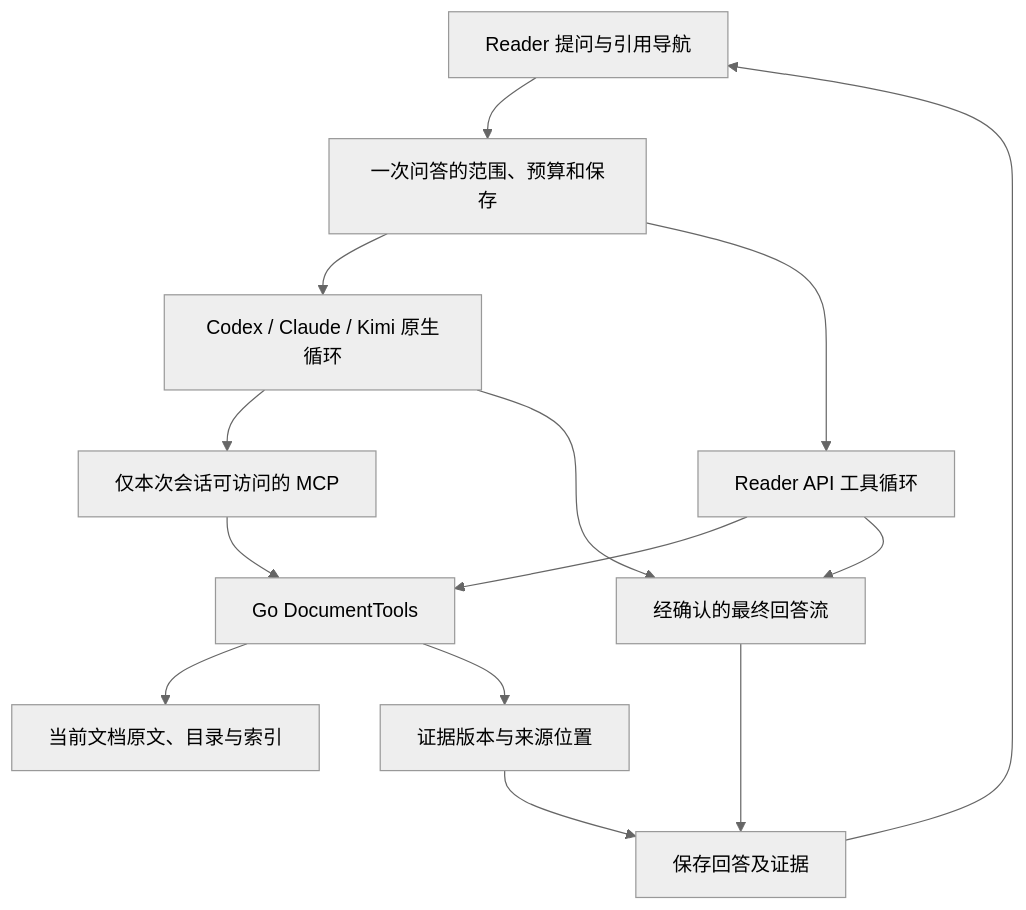
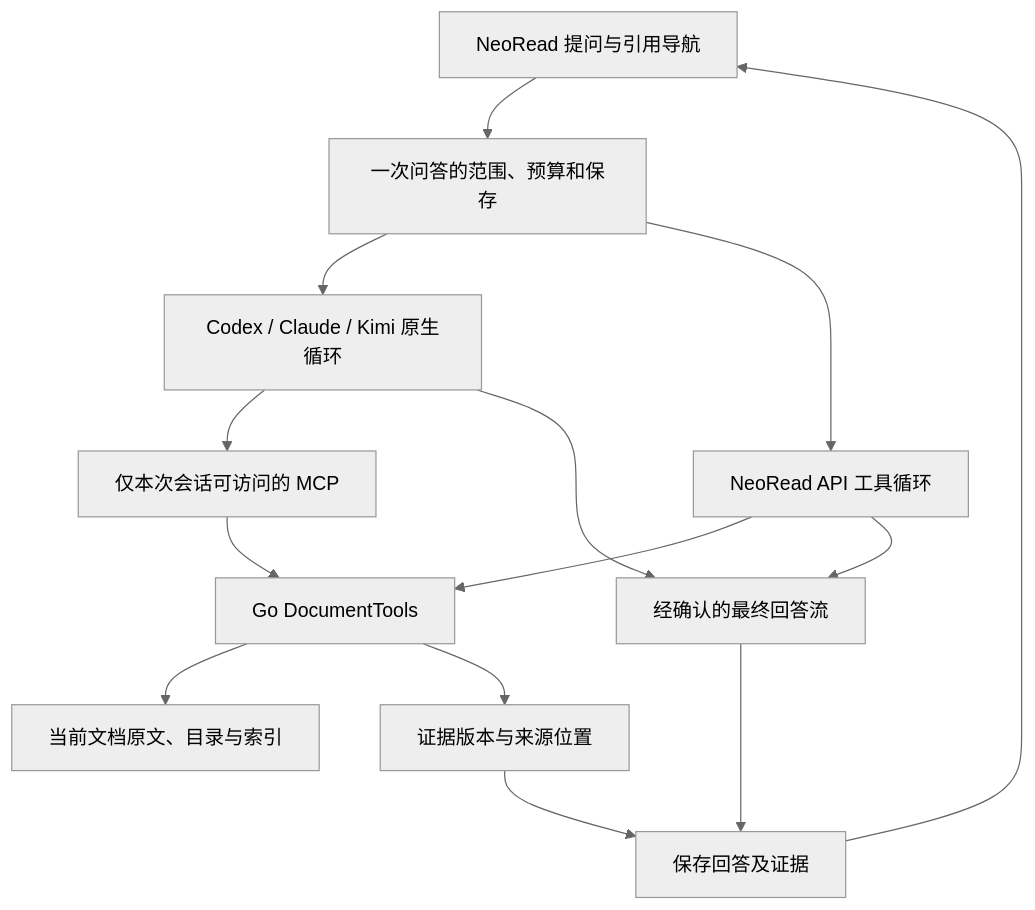
Before and after one commit to Immutable1407/reader: the diagram in docs/research/document-agent-design.md, drawn with Mermaid (neutral theme). The commit also changed other lines of this file and 35 other files, not shown here.

Commit message:
docs: rename Reader to NeoRead

````diff
--- a/docs/research/document-agent-design.md
+++ b/docs/research/document-agent-design.md
@@ -49,16 +49,16 @@
 ```mermaid
 flowchart TD
-    UI[Reader 提问与引用导航] --> Run[一次问答的范围、预算和保存]
+    UI[NeoRead 提问与引用导航] --> Run[一次问答的范围、预算和保存]
     Run --> Native[Codex / Claude / Kimi 原生循环]
-    Run --> API[Reader API 工具循环]
+    Run --> API[NeoRead API 工具循环]
     Native --> MCP[仅本次会话可访问的 MCP]
     MCP --> Tools[Go DocumentTools]
     API --> Tools
     Tools --> Corpus[当前文档原文、目录与索引]
     Tools --> Evidence[证据版本与来源位置]
     Native --> Final[经确认的最终回答流]
     API --> Final
     Evidence --> Commit[保存回答及证据]
     Final --> Commit
     Commit --> UI
 ```
````
